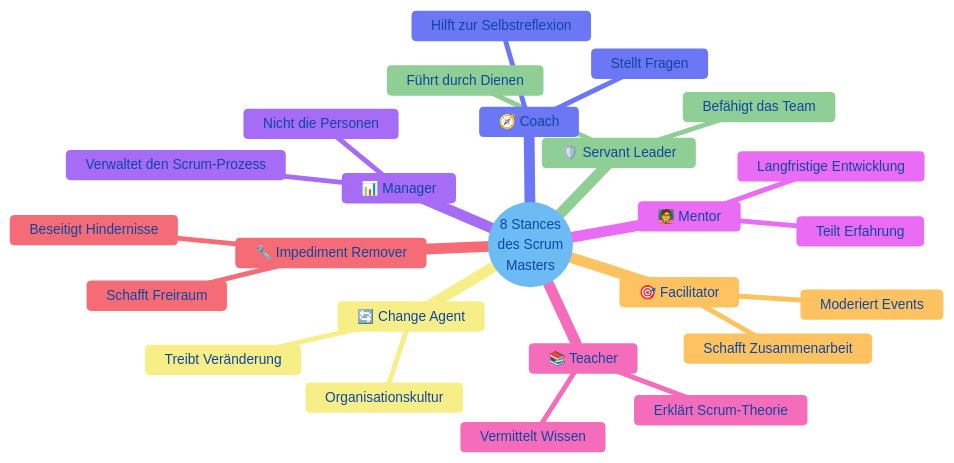
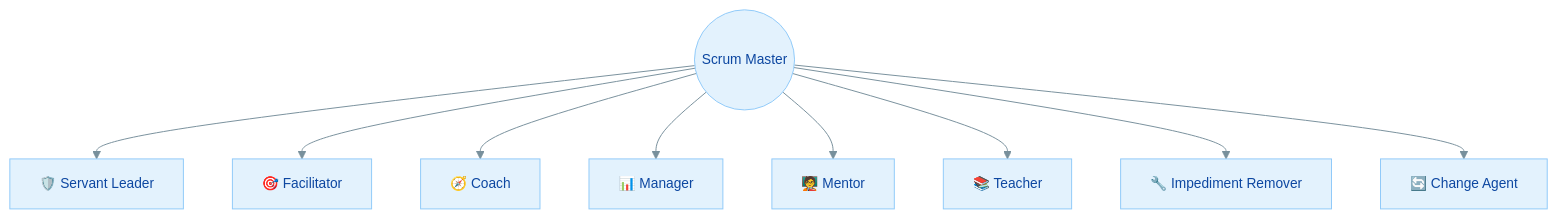
One commit to JacobMenge/kurs-25-06 changed the third of 3 diagrams in docs/modul-3/zusatzmaterial/scrum/05-scrum-master-rolle.md. Above: the diagram before and after it, drawn with Mermaid. The commit also changed 4 other files, not shown here.

First line of the commit message:
Mermaid-Diagramme in Scrum-Material bereinigen

````diff
--- a/docs/modul-3/zusatzmaterial/scrum/05-scrum-master-rolle.md
+++ b/docs/modul-3/zusatzmaterial/scrum/05-scrum-master-rolle.md
@@ -228,29 +228,13 @@
 ```mermaid
 %%{init: {'theme': 'base', 'themeVariables': {'primaryColor': '#e3f2fd', 'primaryTextColor': '#0d47a1', 'primaryBorderColor': '#90caf9', 'secondaryColor': '#e8f5e9', 'secondaryTextColor': '#1b5e20', 'secondaryBorderColor': '#a5d6a7', 'tertiaryColor': '#fff3e0', 'tertiaryTextColor': '#e65100', 'tertiaryBorderColor': '#ffcc80', 'lineColor': '#78909c', 'fontSize': '14px'}}}%%
-mindmap
-  root((8 Stances<br/>des Scrum<br/>Masters))
-    🛡️ Servant Leader
-      Führt durch Dienen
-      Befähigt das Team
-    🎯 Facilitator
-      Moderiert Events
-      Schafft Zusammenarbeit
-    🧭 Coach
-      Stellt Fragen
-      Hilft zur Selbstreflexion
-    📊 Manager
-      Verwaltet den Scrum-Prozess
-      Nicht die Personen
-    🧑‍🏫 Mentor
-      Teilt Erfahrung
-      Langfristige Entwicklung
-    📚 Teacher
-      Erklärt Scrum-Theorie
-      Vermittelt Wissen
-    🔧 Impediment Remover
-      Beseitigt Hindernisse
-      Schafft Freiraum
-    🔄 Change Agent
-      Treibt Veränderung
-      Organisationskultur
+graph TD
+    ROOT((Scrum Master))
+    ROOT --> SL["🛡️ Servant Leader"]
+    ROOT --> FA["🎯 Facilitator"]
+    ROOT --> CO["🧭 Coach"]
+    ROOT --> MA["📊 Manager"]
+    ROOT --> ME["🧑‍🏫 Mentor"]
+    ROOT --> TE["📚 Teacher"]
+    ROOT --> IR["🔧 Impediment Remover"]
+    ROOT --> CA["🔄 Change Agent"]
 ```
````
